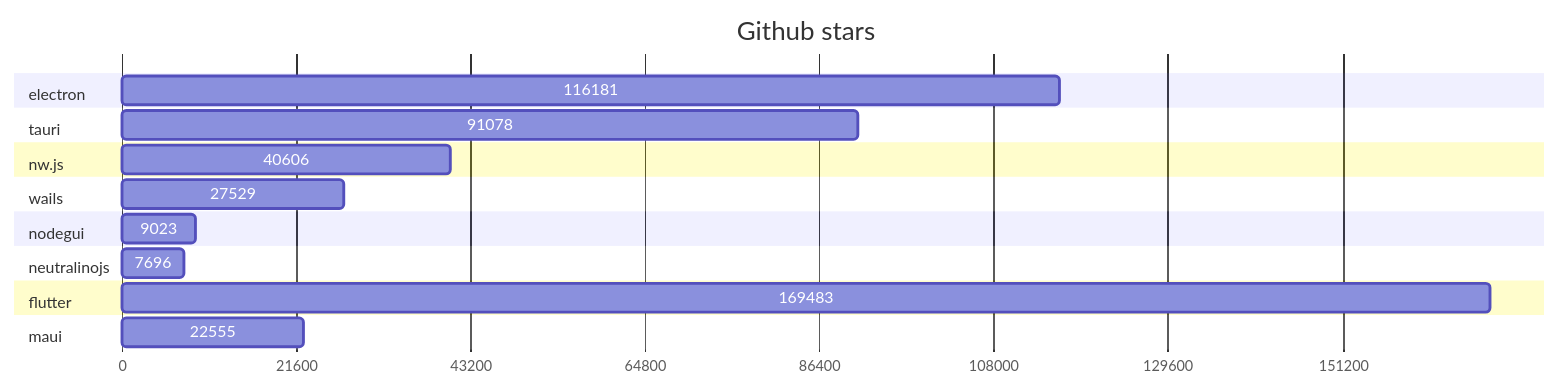
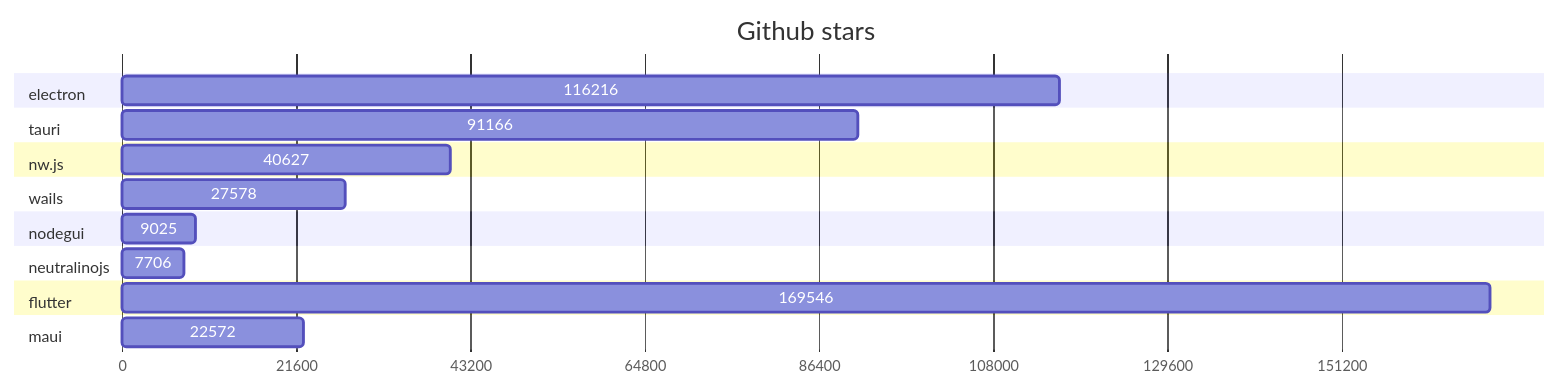
Before and after one commit to Elanis/web-to-desktop-framework-comparison: the first of 2 diagrams in GRAPHS.md, drawn with Mermaid. The commit also changed other lines of this file and 2 other files, not shown here.

Commit message:
Update stars & Fork

````diff
--- a/GRAPHS.md
+++ b/GRAPHS.md
@@ -5,40 +5,40 @@
 ```mermaid
 gantt
     title Github stars
     dateFormat  X
     axisFormat %s
 
 
 	section electron
-	116181 : 0, 116181
+	116216 : 0, 116216
 
 	
 	section tauri
-	91078 : 0, 91078
+	91166 : 0, 91166
 
 	
 	section nw.js
-	40606 : 0, 40606
+	40627 : 0, 40627
 
 	
 	section wails
-	27529 : 0, 27529
+	27578 : 0, 27578
 
 	
 	section nodegui
-	9023 : 0, 9023
+	9025 : 0, 9025
 
 	
 	section neutralinojs
-	7696 : 0, 7696
+	7706 : 0, 7706
 
 	
 	section flutter
-	169483 : 0, 169483
+	169546 : 0, 169546
 
 	
 	section maui
-	22555 : 0, 22555
+	22572 : 0, 22572
 
 	
 ```
````
